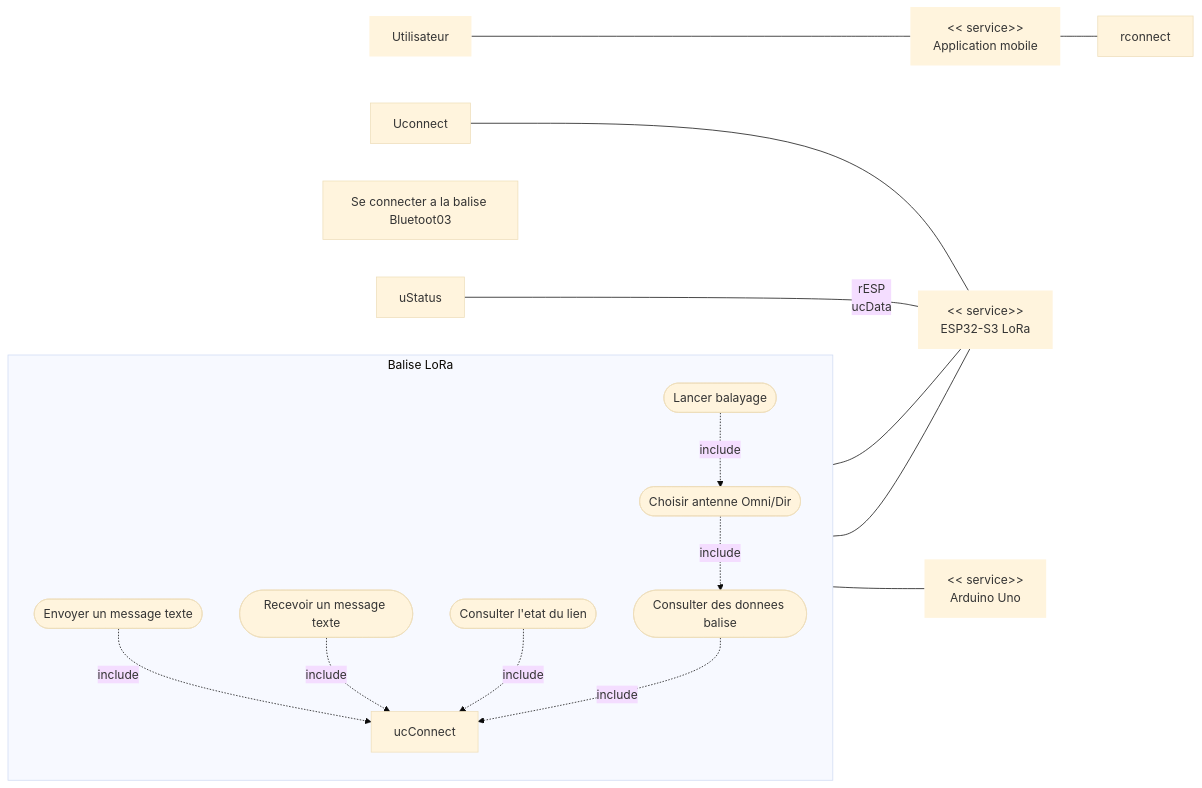
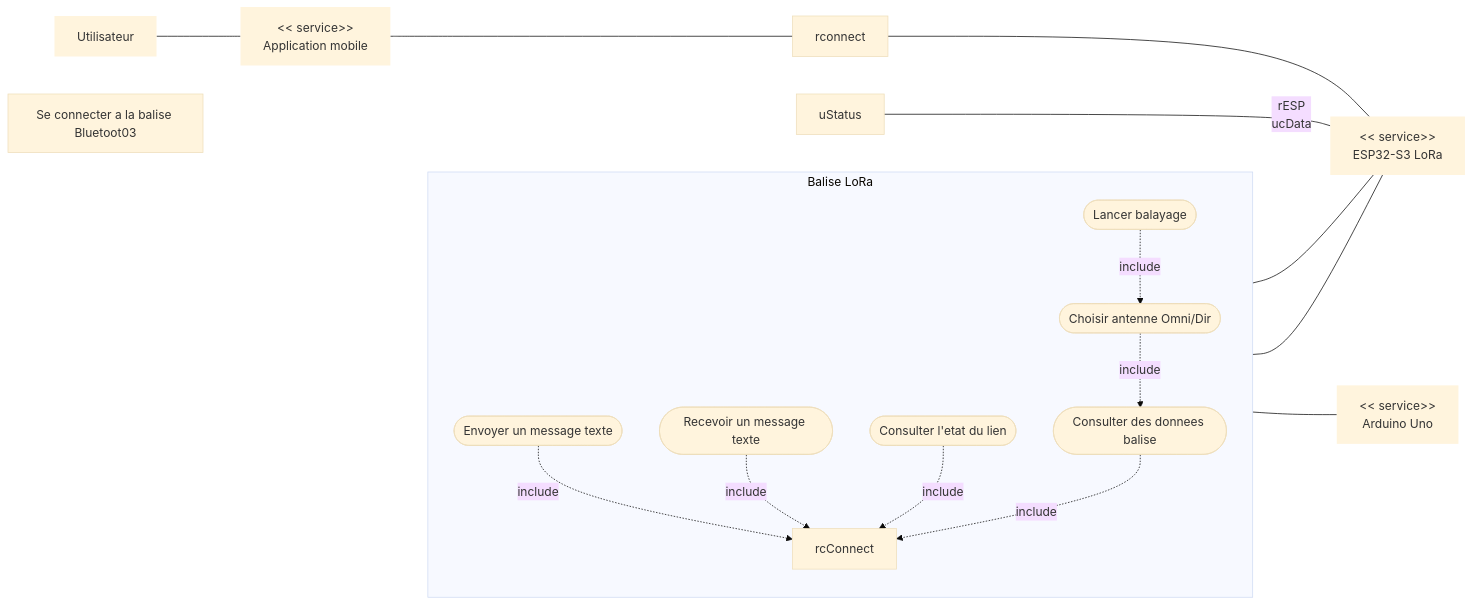
The first of 7 diagrams in Diagrammes_SysML_Projet_LoRa.md (SHU445/Projet-LoRa-72h), drawn with Mermaid (base theme) before and after one commit.

Commit message:
"CorrectUseCase2.5"

````diff
--- a/Diagrammes_SysML_Projet_LoRa.md
+++ b/Diagrammes_SysML_Projet_LoRa.md
@@ -12,39 +12,39 @@
 ```mermaid
 flowchart LR
   rU["Utilisateur"]:::role
   rAPP["<< service>>\nApplication mobile"]:::role
   rESP["<< service>>\nESP32-S3 LoRa"]:::role
   rARD["<< service>>\nArduino Uno"]:::role
   rConnect["Se connecter a la balise Bluetoot03"]
 
   subgraph S["Balise LoRa"]
     direction TB
     ucSend([Envoyer un message texte])
     ucReceive([Recevoir un message texte])
     ucStatus([Consulter l'etat du lien])
     ucData([Consulter des donnees balise])
     ucSelectAntenna([Choisir antenne Omni/Dir])
     ucScan([Lancer balayage])
 
-    ucSend -. include .-> ucConnect
-    ucReceive -. include .-> ucConnect
-    ucStatus -. include .-> ucConnect
-    ucData -. include .-> ucConnect
+    ucSend -. include .-> rcConnect
+    ucReceive -. include .-> rcConnect
+    ucStatus -. include .-> rcConnect
+    ucData -. include .-> rcConnect
     ucSelectAntenna -. include .-> ucData
     ucScan -. include .-> ucSelectAntenna
   end
 
   rU --- rAPP
   rAPP --- rconnect
-  Uconnect --- rESP
+  rconnect --- rESP
 
   ucSend --- rESP
   uStatus --rESP
   ucData --- rESP
   ucSelectAntenna --- rESP
 
 
   ucScan --- rARD
 
   classDef role stroke-width:0px;
 ```
````
